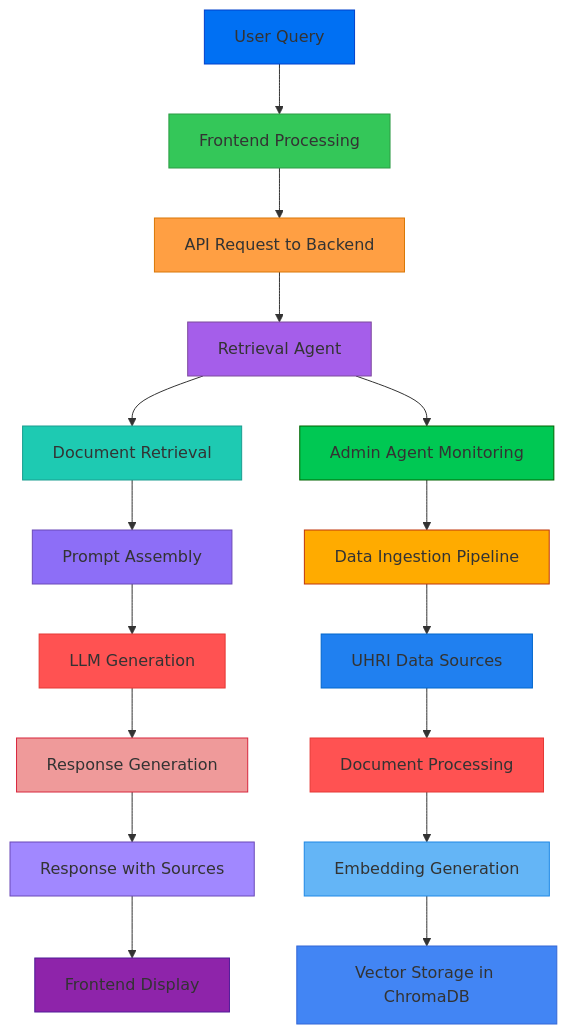
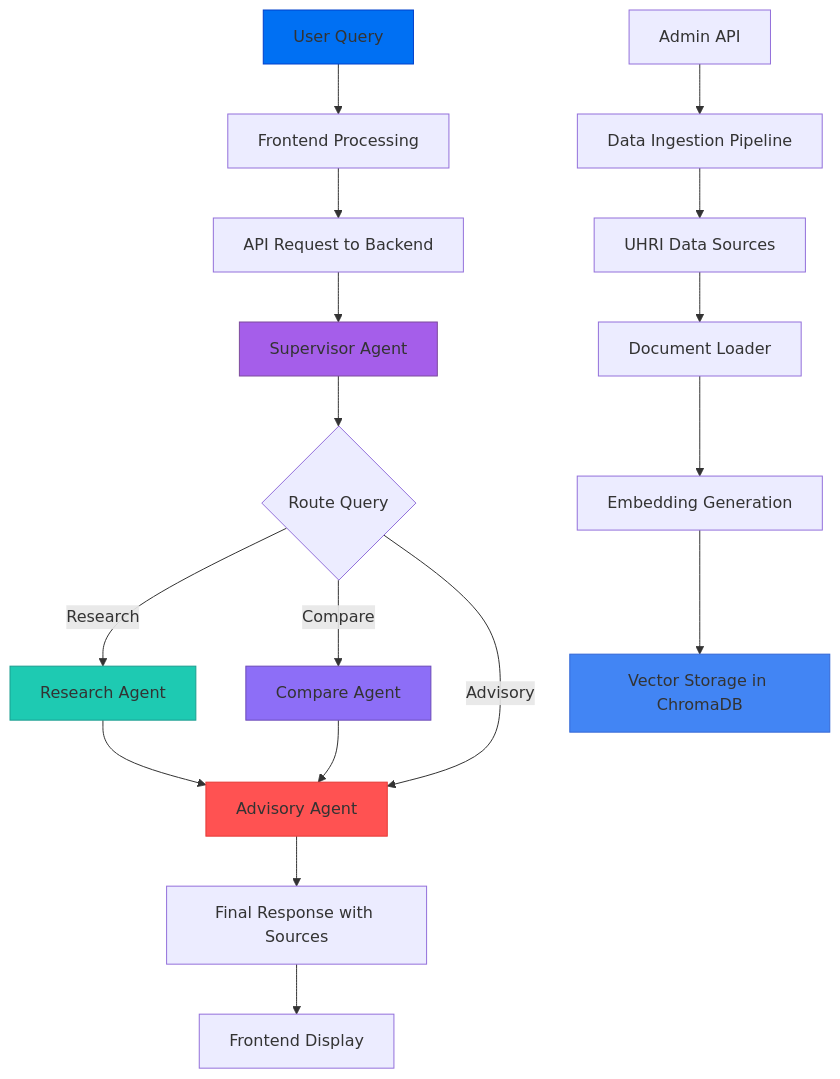
Before and after one commit to owezzy/HRAS: the first of 2 diagrams in docs/architecture/AI_ML.md, drawn with Mermaid. The commit also changed other lines of this file and 19 other files, not shown here.

````diff
--- a/docs/architecture/AI_ML.md
+++ b/docs/architecture/AI_ML.md
@@ -13,36 +15,27 @@
 ```mermaid
 graph TD
     A[User Query] --> B[Frontend Processing]
     B --> C[API Request to Backend]
-    C --> D[Retrieval Agent]
-    D --> E[Document Retrieval]
-    E --> F[Prompt Assembly]
-    F --> G[LLM Generation]
-    G --> H[Response Generation]
-    H --> I[Response with Sources]
+    C --> D[Supervisor Agent]
+    D --> E{Route Query}
+    E -->|Research| F[Research Agent]
+    E -->|Compare| G[Compare Agent]
+    E -->|Advisory| H[Advisory Agent]
+    F --> H
+    G --> H
+    H --> I[Final Response with Sources]
     I --> J[Frontend Display]
 
-    D --> K[Admin Agent Monitoring]
-    K --> L[Data Ingestion Pipeline]
+    K[Admin API] --> L[Data Ingestion Pipeline]
     L --> M[UHRI Data Sources]
-    M --> N[Document Processing]
+    M --> N[Document Loader]
     N --> O[Embedding Generation]
     O --> P[Vector Storage in ChromaDB]
 
     style A fill:#0070f3,stroke:#0040cc
-    style B fill:#34c759,stroke:#2d9b44
-    style C fill:#ff9f43,stroke:#d97706
     style D fill:#a55eea,stroke:#7d4a9c
-    style E fill:#1ecab2,stroke:#1a9d8f
-    style F fill:#8d6ef7,stroke:#6b49b8
-    style G fill:#ff5252,stroke:#e53935
-    style H fill:#ef9a9a,stroke:#d7263d
-    style I fill:#a188ff,stroke:#6b49b8
-    style J fill:#8e24aa,stroke:#511b98
-    style K fill:#00c853,stroke:#006400
-    style L fill:#ffab00,stroke:#bf360c
-    style M fill:#2080f0,stroke:#0066cc
-    style N fill:#ff5252,stroke:#e53935
-    style O fill:#64b5f6,stroke:#1e88e5
+    style F fill:#1ecab2,stroke:#1a9d8f
+    style G fill:#8d6ef7,stroke:#6b49b8
+    style H fill:#ff5252,stroke:#e53935
     style P fill:#4285f4,stroke:#3367d6
 ```
````
